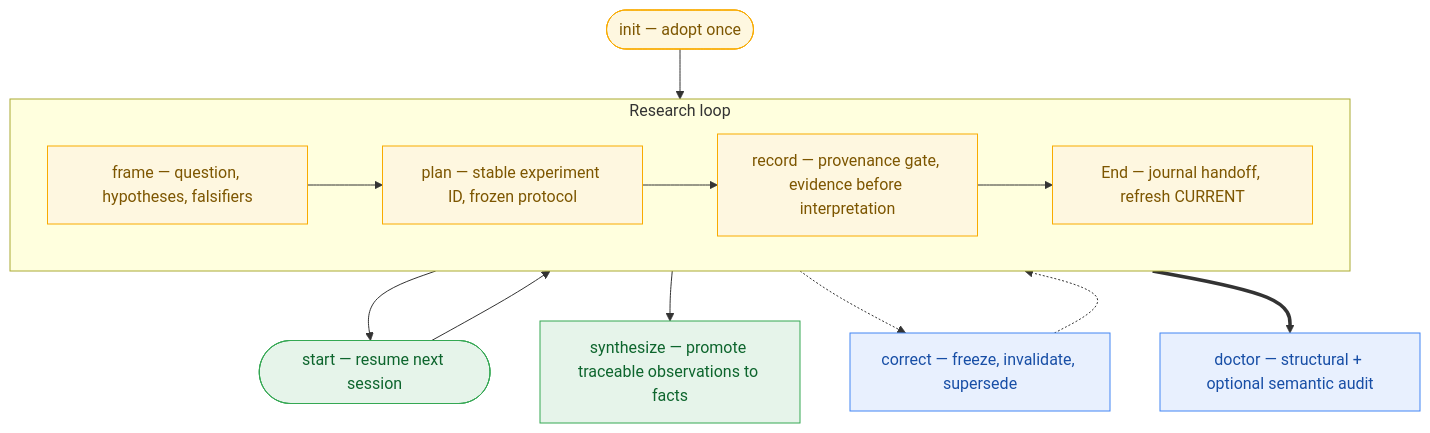
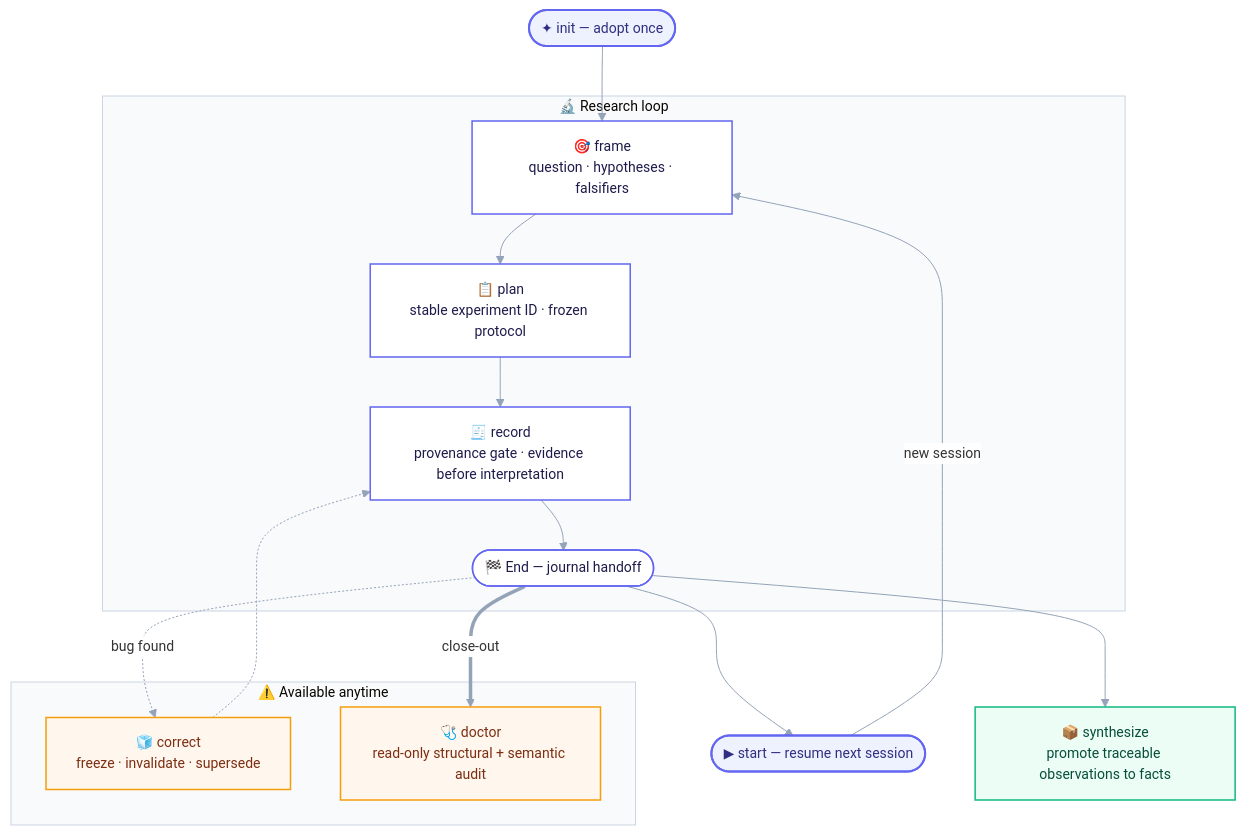
The first of 2 diagrams in README.md (poiuyjie/jev_project_context), drawn with Mermaid before and after one commit. The commit also changed other lines of this file and 1 other file, not shown here.

Commit message:
Restyle README diagrams: unified indigo/emerald/amber palette, emoji icons, stadium terminals, init theme, compact labels

````diff
--- a/README.md
+++ b/README.md
@@ -11,27 +11,32 @@
 ```mermaid
 flowchart TB
-    init(["init — adopt once"]) --> frame
+    %%{init: {"theme":"base","themeVariables":{"fontFamily":"Inter, ui-sans-serif, system-ui, sans-serif","fontSize":"14px","clusterBkg":"#F8FAFC","clusterBorder":"#CBD5E1","lineColor":"#94A3B8","edgeLabelBackground":"#FFFFFF"}}}%%
+    init(["✦ init — adopt once"]):::seed --> frame
 
-    subgraph cycle ["Research loop"]
-        direction LR
-        frame["frame — question, hypotheses, falsifiers"]
-        plan["plan — stable experiment ID, frozen protocol"]
-        record["record — provenance gate, evidence before interpretation"]
-        close["End — journal handoff, refresh CURRENT"]
-        frame --> plan --> record --> close
+    subgraph loop["🔬 Research loop"]
+        frame["🎯 frame<br/>question · hypotheses · falsifiers"]:::op
+        plan["📋 plan<br/>stable experiment ID · frozen protocol"]:::op
+        record["🧾 record<br/>provenance gate · evidence before interpretation"]:::op
+        endS(["🏁 End — journal handoff"]):::op
+        frame --> plan --> record --> endS
     end
 
-    close --> start(["start — resume next session"])
-    start --> frame
-    close --> synthesize["synthesize — promote traceable observations to facts"]
-    close -.-> correct["correct — freeze, invalidate, supersede"]
+    startS(["▶ start — resume next session"]):::seed
+    endS --> startS
+    startS -->|new session| frame
+    endS --> syn["📦 synthesize<br/>promote traceable observations to facts"]:::read
+
+    subgraph guards["⚠️ Available anytime"]
+        correct["🧊 correct<br/>freeze · invalidate · supersede"]:::gate
+        doctor["🩺 doctor<br/>read-only structural + semantic audit"]:::gate
+    end
+
+    endS -. bug found .-> correct
     correct -.-> record
-    close ==> doctor["doctor — structural + optional semantic audit"]
+    endS == close-out ==> doctor
 
-    classDef gate fill:#e8f0fe,stroke:#4285f4,color:#174ea6;
-    classDef write fill:#fef7e0,stroke:#f9ab00,color:#7d5600;
-    classDef read fill:#e6f4ea,stroke:#34a853,color:#0d652d;
-    class init,frame,plan,record,close write;
-    class start,synthesize read;
-    class correct,doctor gate;
+    classDef seed fill:#EEF2FF,stroke:#6366F1,stroke-width:2px,color:#312E81;
+    classDef op fill:#FFFFFF,stroke:#6366F1,stroke-width:1.5px,color:#1E1B4B;
+    classDef read fill:#ECFDF5,stroke:#10B981,stroke-width:1.5px,color:#064E3B;
+    classDef gate fill:#FFF7ED,stroke:#F59E0B,stroke-width:1.5px,color:#7C2D12;
 ```
````
